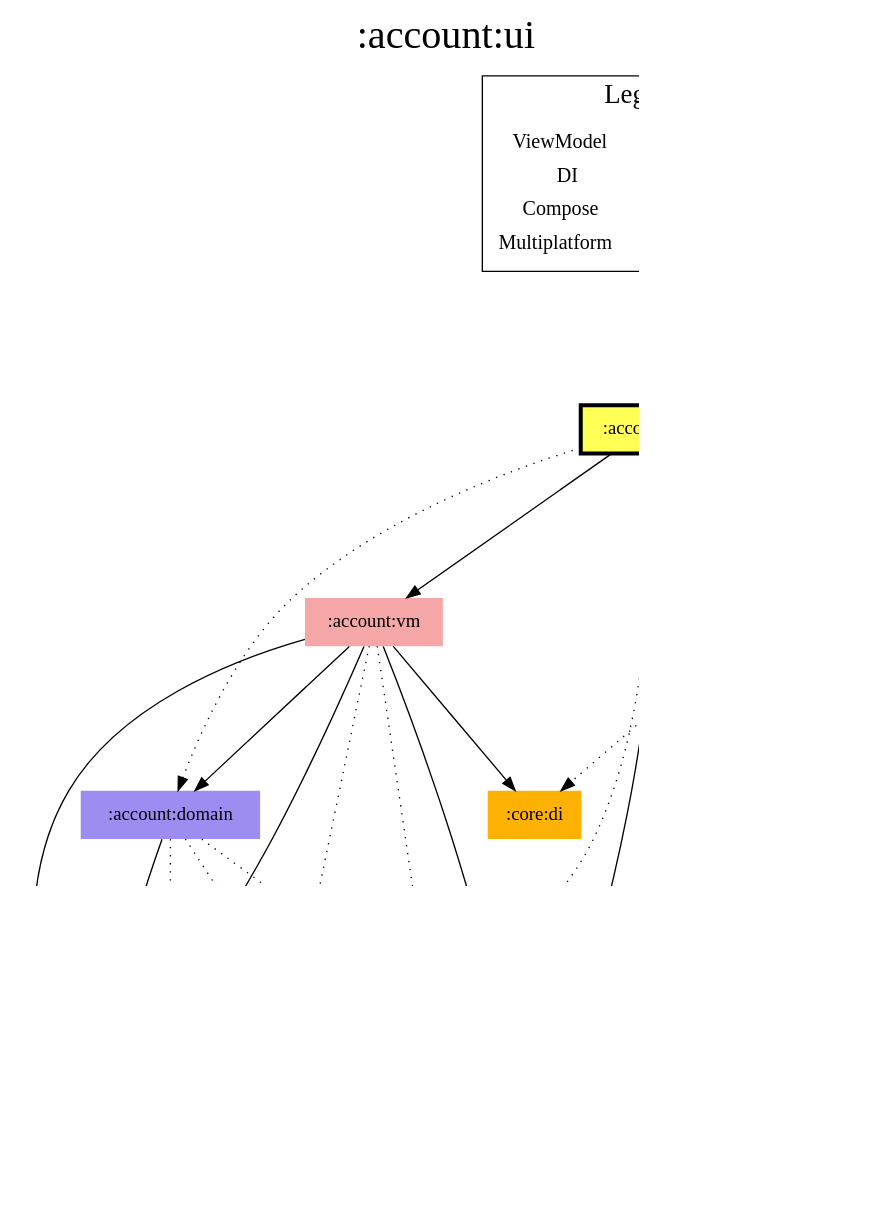
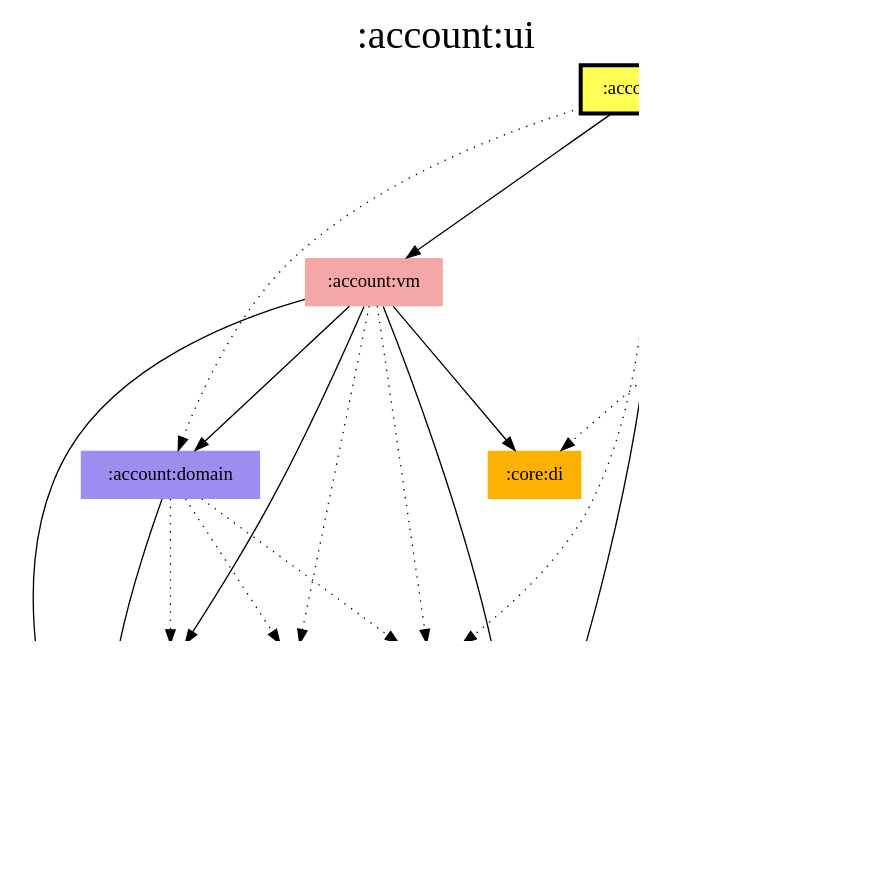
One commit to jonapoul/aktual changed the diagram in modules/account/ui/modules.dot. Above: the diagram before and after it, drawn with Graphviz. The commit also changed 128 other files, not shown here.

```diff
--- a/modules/account/ui/modules.dot
+++ b/modules/account/ui/modules.dot
@@ -1,62 +1,50 @@
 digraph {
 edge ["dir"="forward"]
 graph ["dpi"="100","label"=":account:ui","labelloc"="t","fontsize"="30","ranksep"="1.5","rankdir"="TB"]
 node ["style"="filled"]
 ":account:domain" ["fillcolor"="#9D8DF1","shape"="none"]
 ":account:model" ["fillcolor"="#9D8DF1","shape"="none"]
 ":account:ui" ["fillcolor"="#FFFF55","color"="black","penwidth"="3","shape"="box"]
 ":account:vm" ["fillcolor"="#F5A6A6","shape"="none"]
 ":api:actual" ["fillcolor"="#9D8DF1","shape"="none"]
 ":budget:model" ["fillcolor"="#9D8DF1","shape"="none"]
 ":codegen:annotation" ["fillcolor"="#9D8DF1","shape"="none"]
 ":core:di" ["fillcolor"="#FCB103","shape"="none"]
 ":core:model" ["fillcolor"="#9D8DF1","shape"="none"]
 ":core:ui" ["fillcolor"="#FFFF55","shape"="none"]
 ":l10n" ["fillcolor"="#9D8DF1","shape"="none"]
 ":logging" ["fillcolor"="#9D8DF1","shape"="none"]
 ":prefs" ["fillcolor"="#9D8DF1","shape"="none"]
 {
 edge ["dir"="none"]
 graph ["rank"="same"]
 ":account:ui"
 }
 ":account:domain" -> ":account:model"
 ":account:domain" -> ":api:actual" ["style"="dotted"]
 ":account:domain" -> ":logging" ["style"="dotted"]
 ":account:domain" -> ":prefs" ["style"="dotted"]
 ":account:ui" -> ":account:domain" ["style"="dotted"]
 ":account:ui" -> ":account:vm"
 ":account:ui" -> ":core:model"
 ":account:ui" -> ":core:ui"
 ":account:ui" -> ":l10n" ["style"="dotted"]
 ":account:ui" -> ":logging" ["style"="dotted"]
 ":account:vm" -> ":account:domain"
 ":account:vm" -> ":account:model"
 ":account:vm" -> ":api:actual" ["style"="dotted"]
 ":account:vm" -> ":core:di"
 ":account:vm" -> ":core:model"
 ":account:vm" -> ":logging" ["style"="dotted"]
 ":account:vm" -> ":prefs"
 ":api:actual" -> ":account:model"
 ":api:actual" -> ":budget:model"
 ":api:actual" -> ":codegen:annotation" ["style"="dotted"]
 ":api:actual" -> ":core:model"
 ":core:ui" -> ":budget:model"
 ":core:ui" -> ":core:di" ["style"="dotted"]
 ":core:ui" -> ":core:model"
 ":core:ui" -> ":l10n" ["style"="dotted"]
 ":prefs" -> ":account:model"
 ":prefs" -> ":core:model"
-subgraph "cluster_legend" {
-edge ["dir"="none"]
-graph ["label"="Legend","fontsize"="20"]
-"Legend" ["style"="filled","fillcolor"="#FFFFFF","shape"="none","margin"="0","fontsize"="15","label"=<
-<TABLE BORDER="0" CELLBORDER="0" CELLSPACING="0" CELLPADDING="4">
-<TR><TD>ViewModel</TD><TD BGCOLOR="#F5A6A6">module-name</TD></TR>
-<TR><TD>DI</TD><TD BGCOLOR="#FCB103">module-name</TD></TR>
-<TR><TD>Compose</TD><TD BGCOLOR="#FFFF55">module-name</TD></TR>
-<TR><TD>Multiplatform</TD><TD BGCOLOR="#9D8DF1">module-name</TD></TR>
-</TABLE>
->]
-} -> ":account:ui" ["style"="invis"]
 }
```
